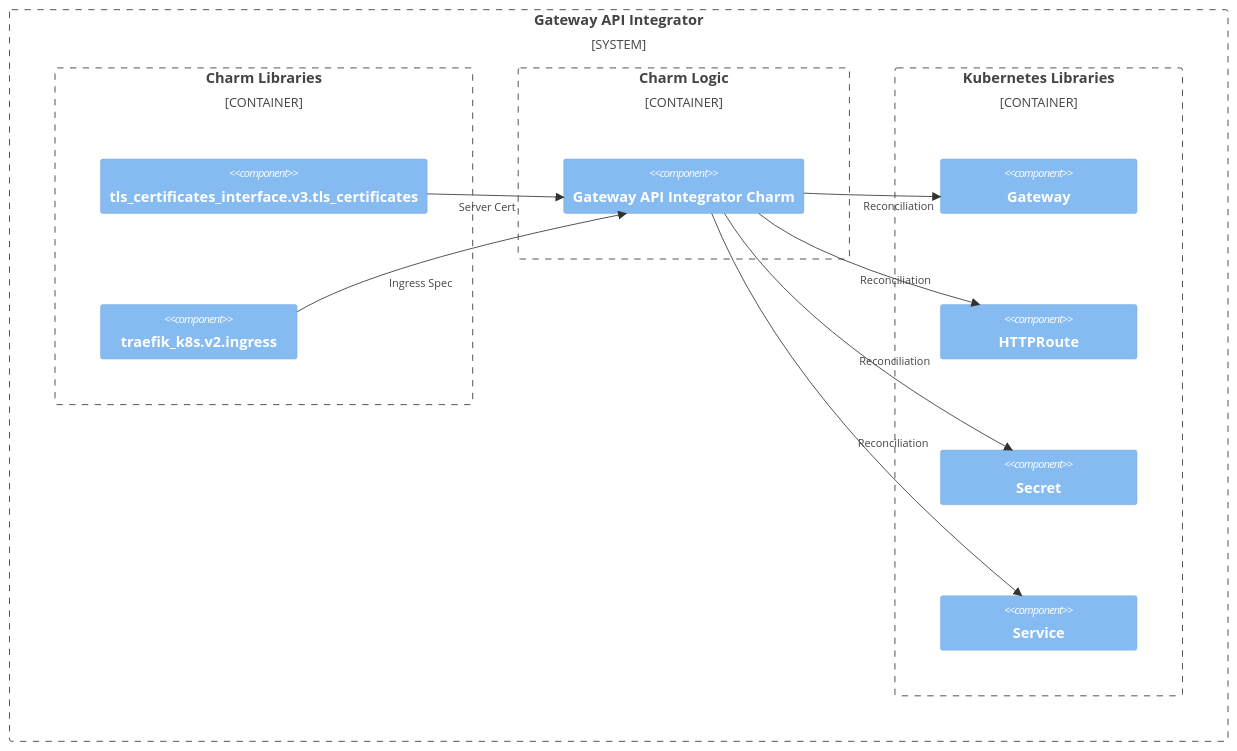
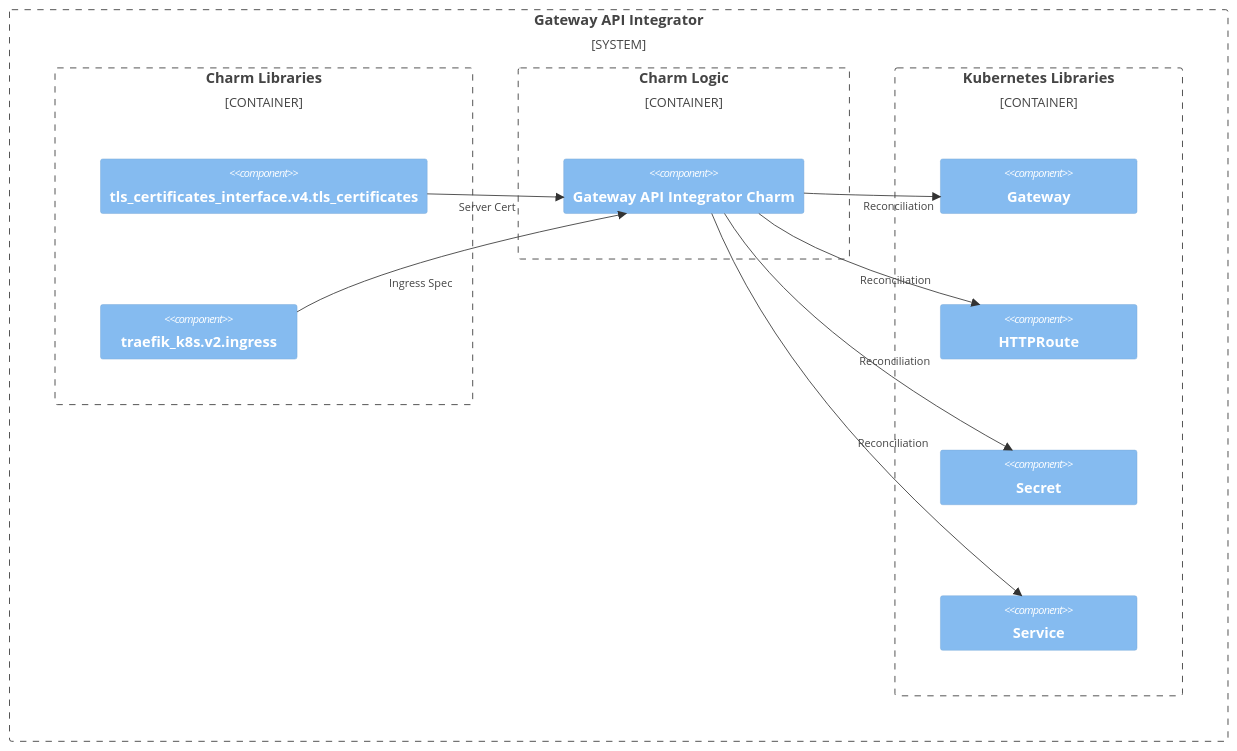
The diagram in docs/explanation/charm-architecture.md (canonical/gateway-api-integrator-operator), drawn with Mermaid before and after one commit. The commit also changed 9 other files, not shown here.

Commit message:
Upgrade to TLS certificates v4

````diff
--- a/docs/explanation/charm-architecture.md
+++ b/docs/explanation/charm-architecture.md
@@ -87,36 +87,36 @@
 ```mermaid
 C4Context
     System_Boundary(gateway-api-integrator, "Gateway API Integrator") {
         Container_Boundary(charm-lib, "Charm Libraries") {
-            Component(tls-certificates-lib, "tls_certificates_interface.v3.tls_certificates")
+            Component(tls-certificates-lib, "tls_certificates_interface.v4.tls_certificates")
             Component(ingress-lib, "traefik_k8s.v2.ingress")
         }
         
         Container_Boundary(charm, "Charm Logic") {
             Component(gateway-api-integrator-charm, "Gateway API Integrator Charm")
         }
         
         Container_Boundary(kubernetes-lib, "Kubernetes Libraries") {
             Component(gateway, "Gateway")
             Component(http-route, "HTTPRoute")
             Component(secret, "Secret")
             Component(service, "Service")
         }
         
         Rel(tls-certificates-lib, gateway-api-integrator-charm, "Server Cert")
         Rel(ingress-lib, gateway-api-integrator-charm, "Ingress Spec")
         Rel(gateway-api-integrator-charm, gateway, "Reconciliation")
         Rel(gateway-api-integrator-charm, http-route, "Reconciliation")
         Rel(gateway-api-integrator-charm, secret, "Reconciliation")
         Rel(gateway-api-integrator-charm, service, "Reconciliation")
 
         UpdateLayoutConfig($c4ShapeInRow="1", $c4BoundaryInRow="4")
         
         UpdateRelStyle(tls-certificates-lib, gateway-api-integrator-charm, $offsetY="10", $offsetX="-40")
         UpdateRelStyle(ingress-lib, gateway-api-integrator-charm, $offsetY="20", $offsetX="-80")
         UpdateRelStyle(gateway-api-integrator-charm, gateway, $offsetY="10", $offsetX="-10")
         UpdateRelStyle(gateway-api-integrator-charm, http-route, $offsetY="20", $offsetX="-10")
         UpdateRelStyle(gateway-api-integrator-charm, secret, $offsetY="30", $offsetX="-10")
         UpdateRelStyle(gateway-api-integrator-charm, service, $offsetY="40", $offsetX="-10")
     }
 ```
````
